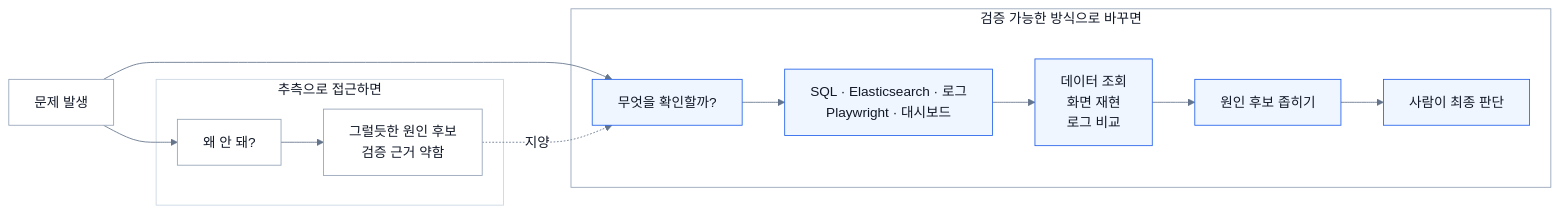
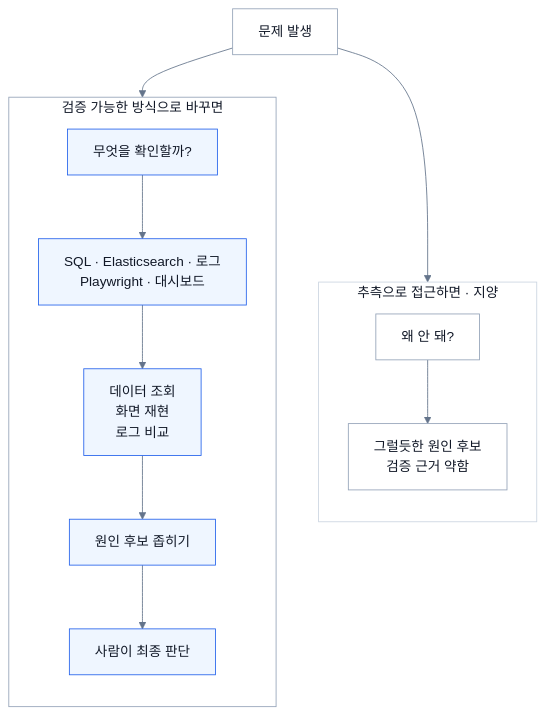
Before and after one commit to JeonJe/JeonJe.github.io: the first of 3 diagrams in _posts/essay/2026-06-28-how-i-use-ai.md, drawn with Mermaid. The commit also changed other lines of this file, not shown here.

Commit message:
fix: AI 활용 글 mermaid 도식 세로 배치로 가독성 개선

````diff
--- a/_posts/essay/2026-06-28-how-i-use-ai.md
+++ b/_posts/essay/2026-06-28-how-i-use-ai.md
@@ -58,26 +58,27 @@
 ```mermaid
 %%{init: {"theme": "base", "themeVariables": {"background": "#ffffff", "mainBkg": "#ffffff", "primaryColor": "#ffffff", "primaryBorderColor": "#94a3b8", "primaryTextColor": "#111827", "lineColor": "#64748b", "clusterBkg": "#ffffff", "clusterBorder": "#cbd5e1"}}}%%
-flowchart LR
+flowchart TB
     P["문제 발생"]
 
-    subgraph Guess["추측으로 접근하면"]
+    subgraph Guess["추측으로 접근하면 · 지양"]
+        direction TB
         Bad["왜 안 돼?"] --> BadOut["그럴듯한 원인 후보<br/>검증 근거 약함"]
     end
 
     subgraph Verify["검증 가능한 방식으로 바꾸면"]
+        direction TB
         Good["무엇을 확인할까?"] --> Tools["SQL · Elasticsearch · 로그<br/>Playwright · 대시보드"]
         Tools --> Evidence["데이터 조회<br/>화면 재현<br/>로그 비교"]
         Evidence --> Candidate["원인 후보 좁히기"]
         Candidate --> Decision["사람이 최종 판단"]
     end
 
     P --> Bad
     P --> Good
-    BadOut -. "지양" .-> Good
 
     classDef default fill:#ffffff,stroke:#94a3b8,color:#111827;
     classDef focus fill:#eff6ff,stroke:#2563eb,color:#111827;
     class Good,Tools,Evidence,Candidate,Decision focus;
     style Guess fill:#ffffff,stroke:#cbd5e1,color:#111827
     style Verify fill:#ffffff,stroke:#94a3b8,color:#111827
 ```
````
